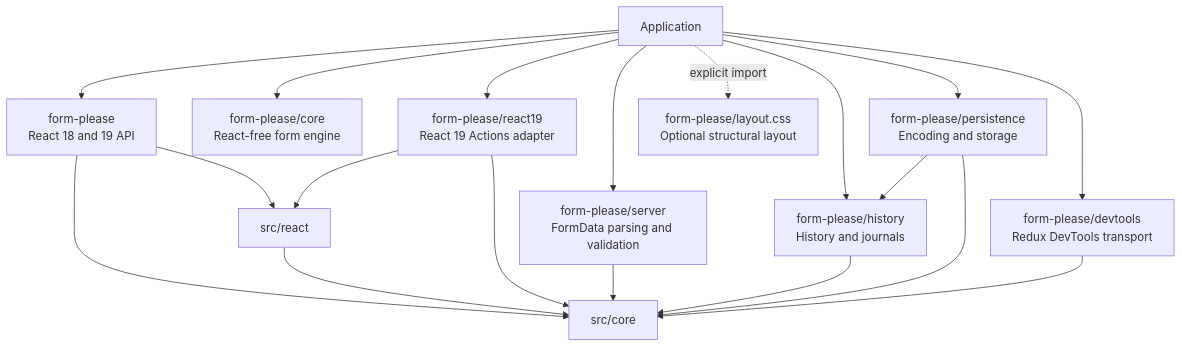
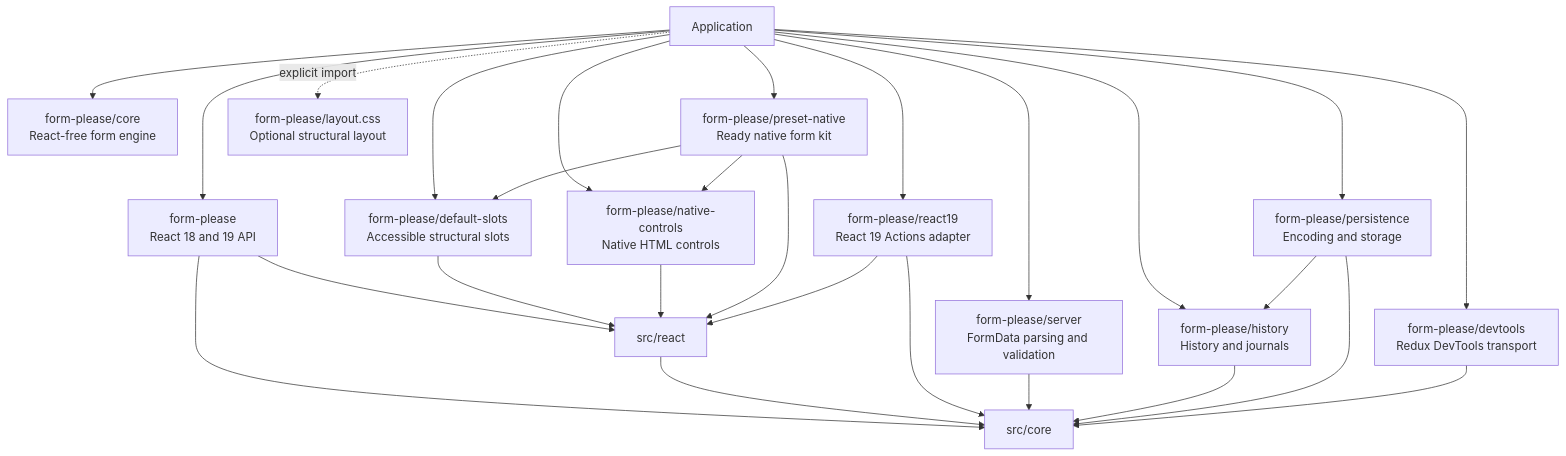
Before and after one commit to r13v/fokit: the diagram in docs/ARCHITECTURE.md, drawn with Mermaid. The commit also changed other lines of this file and 82 other files, not shown here.

Commit message:
feat: introduce native preset

````diff
--- a/docs/ARCHITECTURE.md
+++ b/docs/ARCHITECTURE.md
@@ -22,36 +22,47 @@
 ```mermaid
 flowchart TD
     App["Application"]
 
     Main["form-please<br/>React 18 and 19 API"]
     Core["form-please/core<br/>React-free form engine"]
+    DefaultSlots["form-please/default-slots<br/>Accessible structural slots"]
+    NativeControls["form-please/native-controls<br/>Native HTML controls"]
+    PresetNative["form-please/preset-native<br/>Ready native form kit"]
     React19["form-please/react19<br/>React 19 Actions adapter"]
     Server["form-please/server<br/>FormData parsing and validation"]
     History["form-please/history<br/>History and journals"]
     Persistence["form-please/persistence<br/>Encoding and storage"]
     DevTools["form-please/devtools<br/>Redux DevTools transport"]
     CSS["form-please/layout.css<br/>Optional structural layout"]
 
     ReactLayer["src/react"]
     CoreLayer["src/core"]
 
     App --> Main
     App --> Core
+    App --> DefaultSlots
+    App --> NativeControls
+    App --> PresetNative
     App --> React19
     App --> Server
     App --> History
     App --> Persistence
     App --> DevTools
     App -. explicit import .-> CSS
 
     Main --> ReactLayer
     Main --> CoreLayer
+    DefaultSlots --> ReactLayer
+    NativeControls --> ReactLayer
+    PresetNative --> DefaultSlots
+    PresetNative --> NativeControls
+    PresetNative --> ReactLayer
     ReactLayer --> CoreLayer
     React19 --> ReactLayer
     React19 --> CoreLayer
     Server --> CoreLayer
     History --> CoreLayer
     Persistence --> CoreLayer
     Persistence --> History
     DevTools --> CoreLayer
 ```
````
